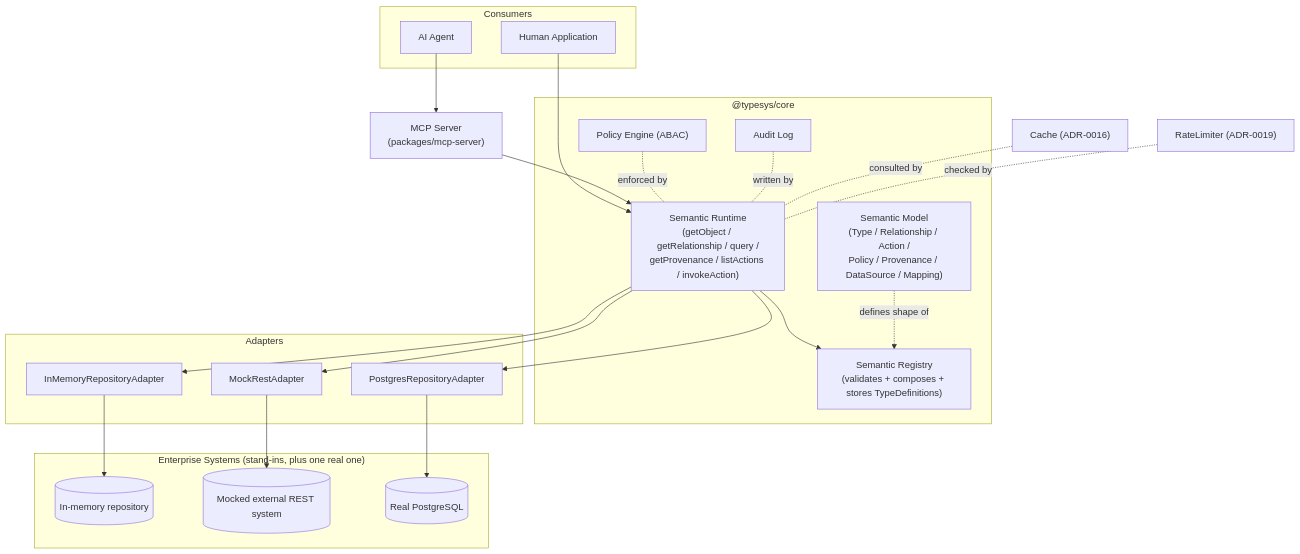
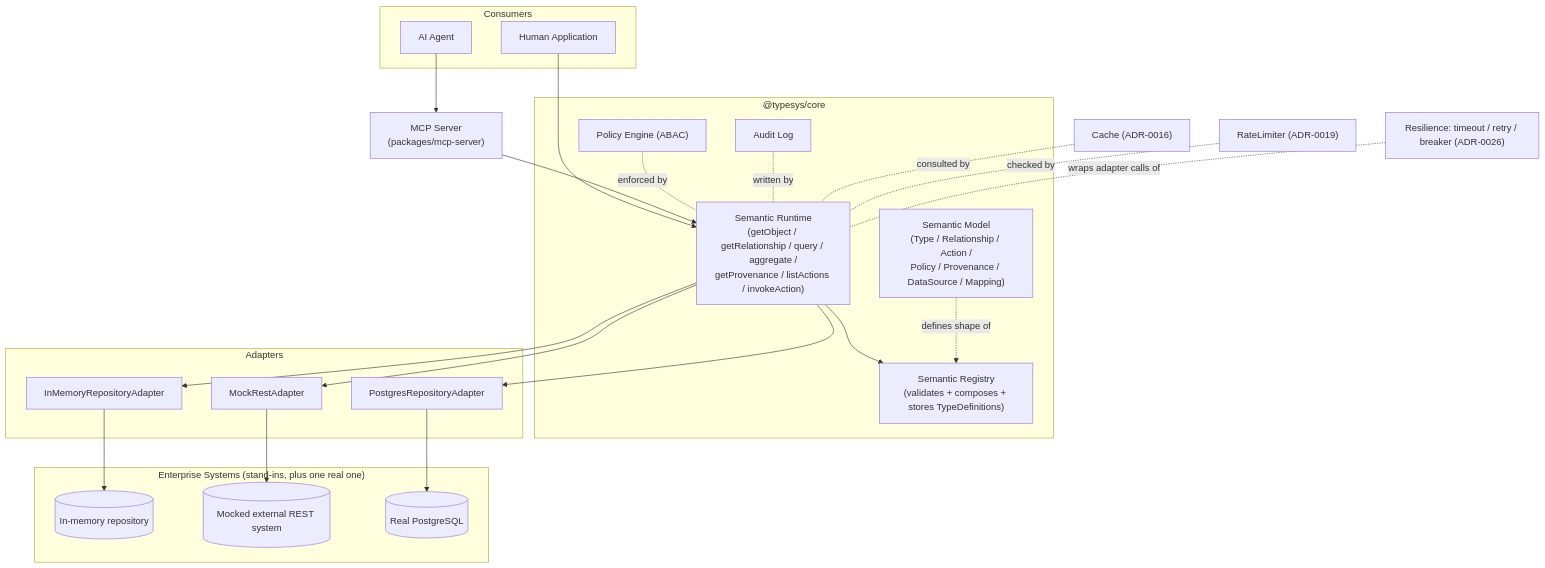
Before and after one commit to marlinspike/TypeSystem: the first of 6 diagrams in docs/architecture.md, drawn with Mermaid. The commit also changed other lines of this file and 1 other file, not shown here.

First line of the commit message:
docs: reflect ADR-0026–0029 in the architecture + deployment diagrams [skip ci]

````diff
--- a/docs/architecture.md
+++ b/docs/architecture.md
@@ -27,44 +27,45 @@
 ```mermaid
 flowchart TB
     subgraph Consumers
         APP[Human Application]
         AGENT[AI Agent]
     end
 
     MCP["MCP Server\n(packages/mcp-server)"]
 
     subgraph Core["@typesys/core"]
         MODEL["Semantic Model\n(Type / Relationship / Action /\nPolicy / Provenance / DataSource / Mapping)"]
         REGISTRY["Semantic Registry\n(validates + composes + stores TypeDefinitions)"]
-        RUNTIME["Semantic Runtime\n(getObject / getRelationship / query /\ngetProvenance / listActions / invokeAction)"]
+        RUNTIME["Semantic Runtime\n(getObject / getRelationship / query / aggregate /\ngetProvenance / listActions / invokeAction)"]
         POLICY["Policy Engine (ABAC)"]
         AUDIT["Audit Log"]
     end
 
     subgraph Adapters["Adapters"]
         INMEM["InMemoryRepositoryAdapter"]
         REST["MockRestAdapter"]
         PG["PostgresRepositoryAdapter"]
     end
 
     subgraph Systems["Enterprise Systems (stand-ins, plus one real one)"]
         DB[(In-memory repository)]
         EXT[(Mocked external REST system)]
         PGDB[(Real PostgreSQL)]
     end
 
     APP --> RUNTIME
     AGENT --> MCP --> RUNTIME
     RUNTIME --> REGISTRY
     MODEL -.defines shape of.-> REGISTRY
     RUNTIME --> INMEM
     RUNTIME --> REST
     RUNTIME --> PG
     INMEM --> DB
     REST --> EXT
     PG --> PGDB
     POLICY -. enforced by .- RUNTIME
     AUDIT -. written by .- RUNTIME
     CACHE["Cache (ADR-0016)"] -. consulted by .- RUNTIME
     RATELIMIT["RateLimiter (ADR-0019)"] -. checked by .- RUNTIME
+    RESILIENCE["Resilience: timeout / retry / breaker (ADR-0026)"] -. wraps adapter calls of .- RUNTIME
 ```
````
